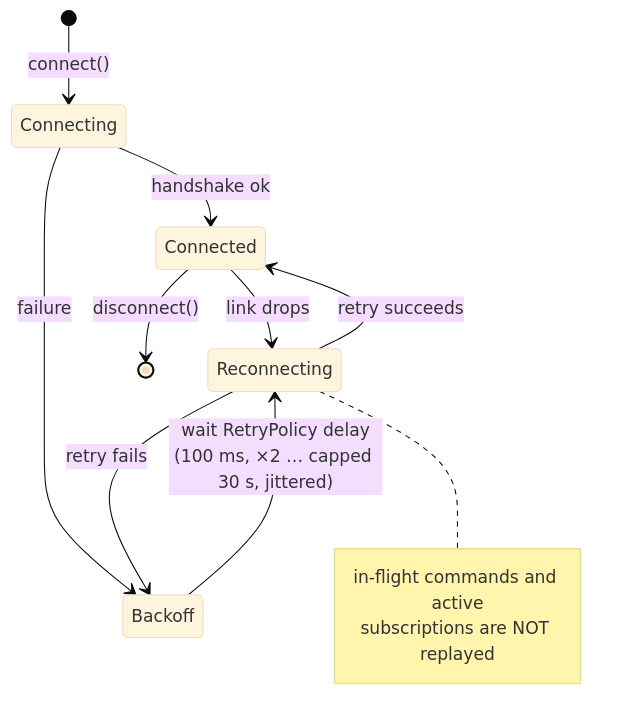
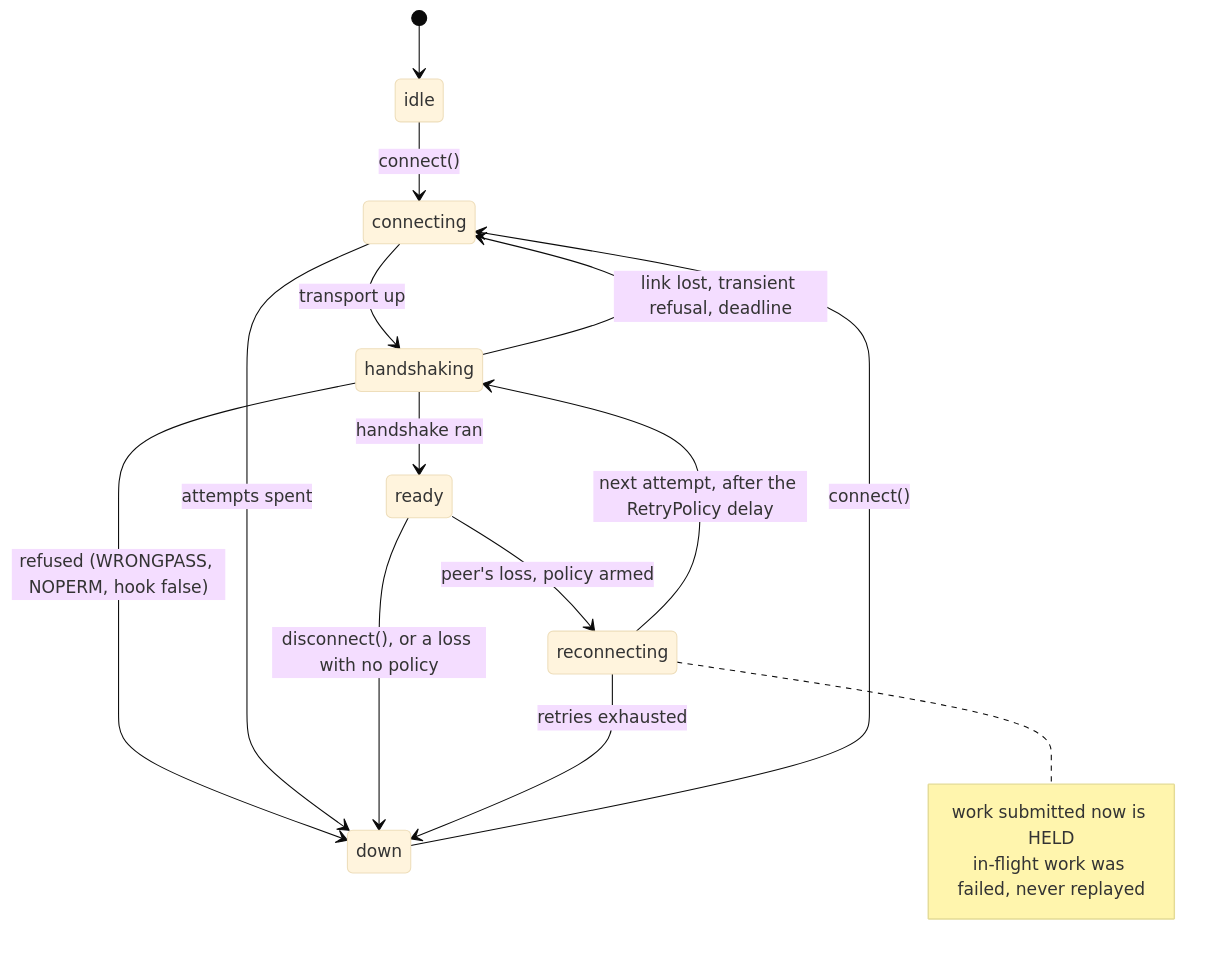
Before and after one commit to isndev/qbm-redis: the second of 2 diagrams in readme/connection.md, drawn with Mermaid (base theme). The commit also changed other lines of this file and 30 other files, not shown here.

````diff
--- a/readme/connection.md
+++ b/readme/connection.md
@@ -173,15 +177,19 @@
 ```mermaid
 stateDiagram-v2
-    [*] --> Connecting: connect()
-    Connecting --> Connected: handshake ok
-    Connecting --> Backoff: failure
-    Connected --> Reconnecting: link drops
-    Reconnecting --> Connected: retry succeeds
-    Reconnecting --> Backoff: retry fails
-    Backoff --> Reconnecting: wait RetryPolicy delay<br/>(100 ms, ×2 … capped 30 s, jittered)
-    Connected --> [*]: disconnect()
-    note right of Reconnecting
-        in-flight commands and active
-        subscriptions are NOT replayed
+    [*] --> idle
+    idle --> connecting: connect()
+    connecting --> handshaking: transport up
+    handshaking --> ready: handshake ran
+    handshaking --> down: refused (WRONGPASS, NOPERM, hook false)
+    handshaking --> connecting: link lost, transient refusal, deadline
+    connecting --> down: attempts spent
+    ready --> reconnecting: peer's loss, policy armed
+    ready --> down: disconnect(), or a loss with no policy
+    reconnecting --> handshaking: next attempt, after the RetryPolicy delay
+    reconnecting --> down: retries exhausted
+    down --> connecting: connect()
+    note right of reconnecting
+        work submitted now is HELD
+        in-flight work was failed, never replayed
     end note
 ```
````
